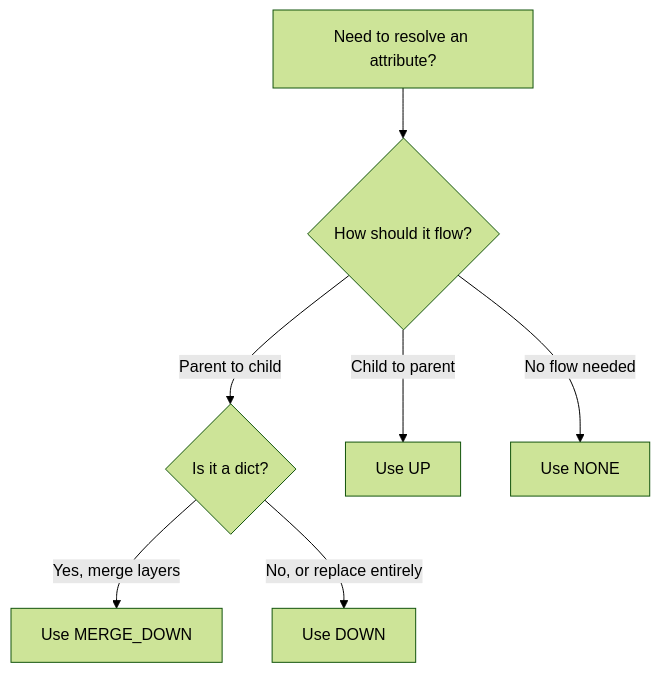
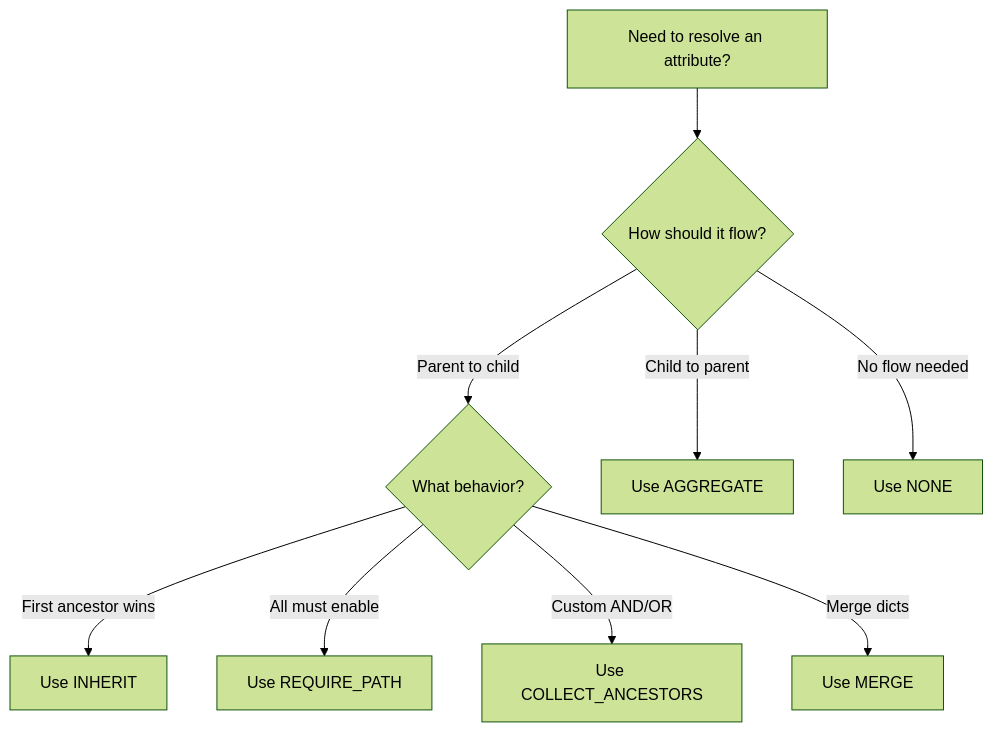
Before and after one commit to keongalvin/hrcp: the diagram in docs/guide/propagation.md, drawn with Mermaid (forest theme). The commit also changed other lines of this file and 2 other files, not shown here.

````diff
--- a/docs/guide/propagation.md
+++ b/docs/guide/propagation.md
@@ -167,9 +256,11 @@
 ```mermaid
 graph TD
     A[Need to resolve an attribute?] --> B{How should it flow?}
-    B -->|Parent to child| C{Is it a dict?}
-    B -->|Child to parent| D[Use UP]
+    B -->|Parent to child| C{What behavior?}
+    B -->|Child to parent| D[Use AGGREGATE]
     B -->|No flow needed| E[Use NONE]
-    C -->|Yes, merge layers| F[Use MERGE_DOWN]
-    C -->|No, or replace entirely| G[Use DOWN]
+    C -->|First ancestor wins| F[Use INHERIT]
+    C -->|All must enable| G[Use REQUIRE_PATH]
+    C -->|Custom AND/OR| H[Use COLLECT_ANCESTORS]
+    C -->|Merge dicts| I[Use MERGE]
 ```
````
